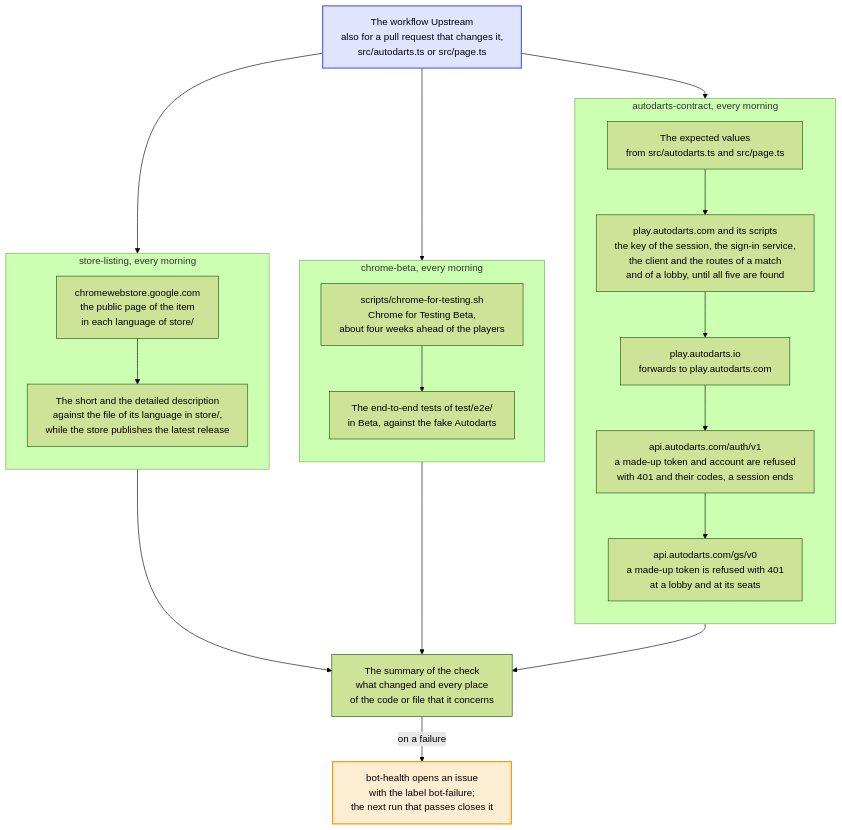
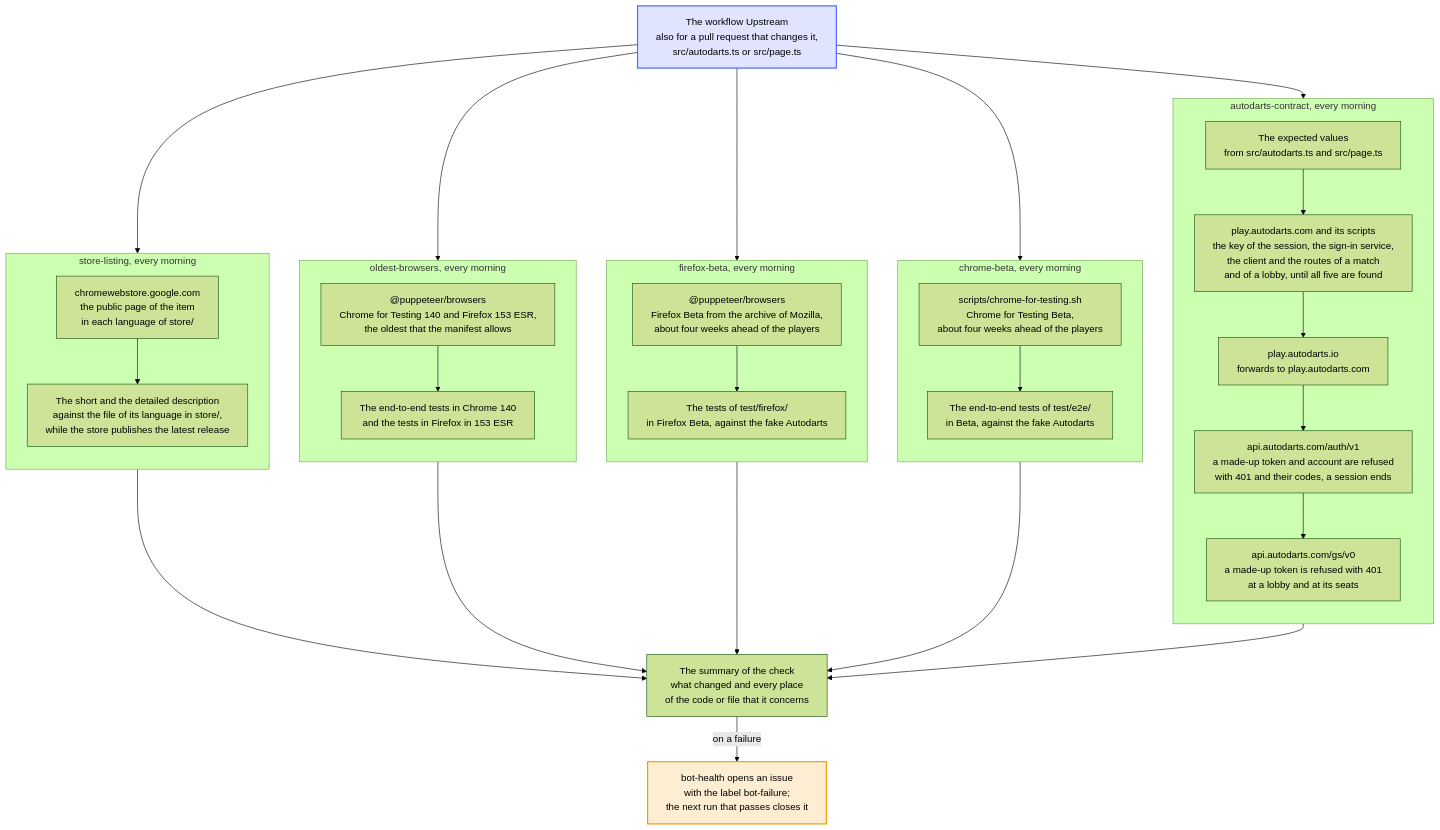
One commit to Dennis-Otto/player-switch-for-autodarts changed the diagram in docs/diagrams/how-the-upstream-checks-work.mmd. Above: the diagram before and after it, drawn with Mermaid (forest theme). The commit also changed 30 other files, not shown here.

First line of the commit message:
fix: keep a session on a refusal that Autodarts doesn't send, and test the oldest and the next browsers (#266)

```diff
--- a/docs/diagrams/how-the-upstream-checks-work.mmd
+++ b/docs/diagrams/how-the-upstream-checks-work.mmd
@@ -1,54 +1,72 @@
 ---
 config:
   flowchart:
     wrappingWidth: 400
 ---
 flowchart TB
     accTitle: How the upstream checks work
-    accDescr: The workflow Upstream runs three checks of what the extension relies on but doesn't control. Every morning, autodarts-contract takes the expected values from src/autodarts.ts and src/page.ts and asks the real Autodarts with made-up data only, about a dozen requests: it looks for the key of the session, the sign-in service, the client and the scripts of the routes of a match and of a lobby in the code of play.autodarts.com, its page first and then script by script until it has found all five, follows the forward of play.autodarts.io, sends a made-up token, a made-up account and the end of a made-up session to the sign-in service, and a made-up token to a made-up lobby and its seats at the game service, through the functions of the extension. Every morning as well, chrome-beta downloads Chrome for Testing Beta, the next version of Chrome, and runs the end-to-end tests in it against the fake Autodarts. Every morning as well, store-listing reads the public page of the Chrome Web Store in each language of store/ and compares its short and detailed description with the file. When one fails, its summary names what changed and where the code relies on it, and the bot-health bot opens an issue with the label bot-failure, which the next run that passes closes.
+    accDescr: The workflow Upstream runs five checks of what the extension relies on but doesn't control, and of the browsers that it runs in. Every morning, autodarts-contract takes the expected values from src/autodarts.ts and src/page.ts and asks the real Autodarts with made-up data only, about a dozen requests: it looks for the key of the session, the sign-in service, the client and the scripts of the routes of a match and of a lobby in the code of play.autodarts.com, its page first and then script by script until it has found all five, follows the forward of play.autodarts.io, sends a made-up token, a made-up account and the end of a made-up session to the sign-in service, and a made-up token to a made-up lobby and its seats at the game service, through the functions of the extension. Every morning as well, chrome-beta downloads Chrome for Testing Beta, the next version of Chrome, and runs the end-to-end tests in it against the fake Autodarts. Every morning as well, firefox-beta downloads Firefox Beta, the next version of Firefox, from the archive of Mozilla and runs the tests of test/firefox/ in it. Every morning as well, oldest-browsers downloads Chrome for Testing 140 and Firefox 153 ESR, the oldest versions that the manifest allows, and runs the end-to-end tests and the tests in Firefox in them. Every morning as well, store-listing reads the public page of the Chrome Web Store in each language of store/ and compares its short and detailed description with the file. When one fails, its summary names what changed and where the code relies on it, and the bot-health bot opens an issue with the label bot-failure, which the next run that passes closes.
 
     workflow["The workflow Upstream<br>also for a pull request that changes it,<br>src/autodarts.ts or src/page.ts"]
 
     subgraph daily ["autodarts-contract, every morning"]
         direction TB
         values["The expected values<br>from src/autodarts.ts and src/page.ts"]
         page["play.autodarts.com and its scripts<br>the key of the session, the sign-in service,<br>the client and the routes of a match<br>and of a lobby, until all five are found"]
         forward["play.autodarts.io<br>forwards to play.autodarts.com"]
         auth["api.autodarts.com/auth/v1<br>a made-up token and account are refused<br>with 401 and their codes, a session ends"]
         game["api.autodarts.com/gs/v0<br>a made-up token is refused with 401<br>at a lobby and at its seats"]
         values --> page
         page --> forward
         forward --> auth
         auth --> game
     end
 
     subgraph beta ["chrome-beta, every morning"]
         direction TB
         download["scripts/chrome-for-testing.sh<br>Chrome for Testing Beta,<br>about four weeks ahead of the players"]
         tests["The end-to-end tests of test/e2e/<br>in Beta, against the fake Autodarts"]
         download --> tests
     end
 
+    subgraph firefoxbeta ["firefox-beta, every morning"]
+        direction TB
+        nextfirefox["@puppeteer/browsers<br>Firefox Beta from the archive of Mozilla,<br>about four weeks ahead of the players"]
+        firefoxtests["The tests of test/firefox/<br>in Firefox Beta, against the fake Autodarts"]
+        nextfirefox --> firefoxtests
+    end
+
+    subgraph oldest ["oldest-browsers, every morning"]
+        direction TB
+        oldbrowsers["@puppeteer/browsers<br>Chrome for Testing 140 and Firefox 153 ESR,<br>the oldest that the manifest allows"]
+        oldtests["The end-to-end tests in Chrome 140<br>and the tests in Firefox in 153 ESR"]
+        oldbrowsers --> oldtests
+    end
+
     subgraph listing ["store-listing, every morning"]
         direction TB
         store["chromewebstore.google.com<br>the public page of the item<br>in each language of store/"]
         texts["The short and the detailed description<br>against the file of its language in store/,<br>while the store publishes the latest release"]
         store --> texts
     end
 
     workflow --> values
     workflow --> download
+    workflow --> nextfirefox
+    workflow --> oldbrowsers
     workflow --> store
 
     report["The summary of the check<br>what changed and every place<br>of the code or file that it concerns"]
     game --> report
     tests --> report
+    firefoxtests --> report
+    oldtests --> report
     texts --> report
 
     issue["bot-health opens an issue<br>with the label bot-failure;<br>the next run that passes closes it"]
     report -->|on a failure| issue
 
     classDef bot fill:#526cfe2e,stroke:#526cfe,stroke-width:2px
     classDef person fill:#f59e0b2e,stroke:#f59e0b,stroke-width:2px
     class workflow bot
     class issue person
```
